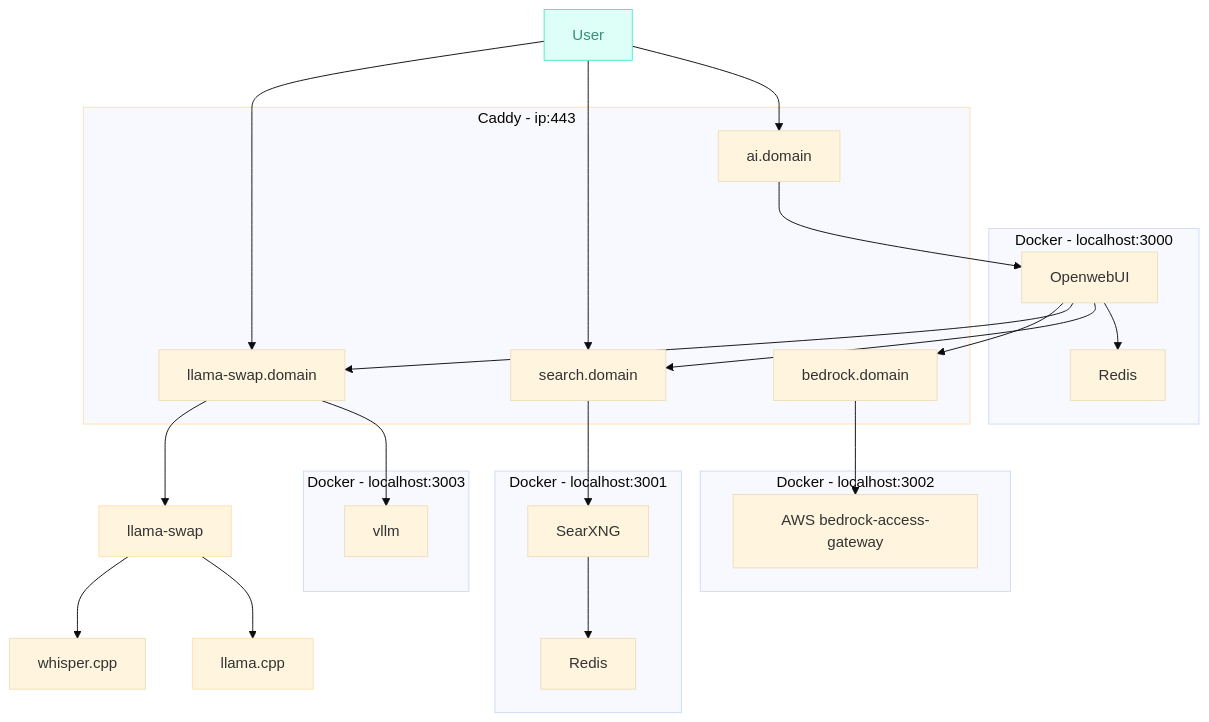
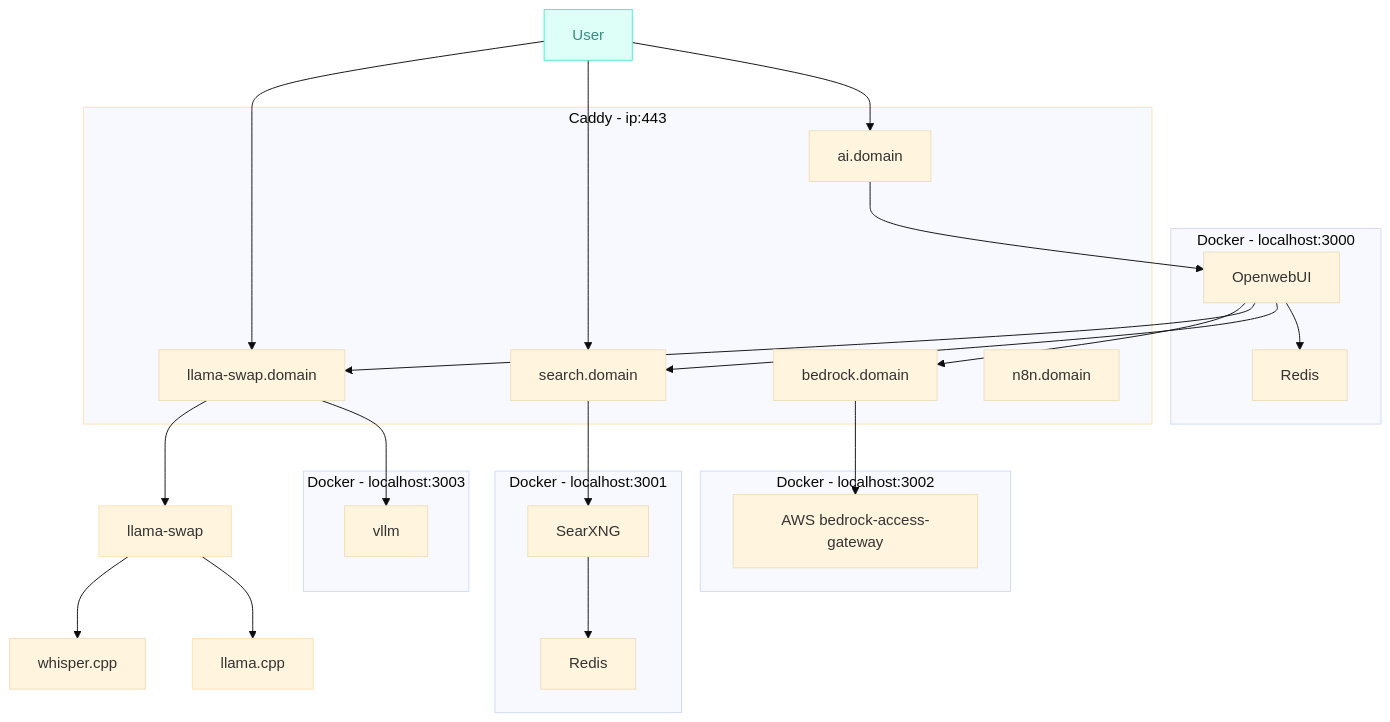
One commit to cycl00ps/ai-lab changed the diagram in README.md. Above: the diagram before and after it, drawn with Mermaid (base theme).

````diff
--- a/README.md
+++ b/README.md
@@ -13,42 +13,43 @@
 ```mermaid
 flowchart TD
  subgraph subGraph0["Docker - localhost:3000"]
         B["Redis"]
         A["OpenwebUI"]
   end
  subgraph subGraph1["Docker - localhost:3001"]
         D["Redis"]
         C["SearXNG"]
   end
  subgraph subGraph2["Caddy - ip:443"]
         E["ai.domain"]
         H["search.domain"]
         J["llama-swap.domain"]
         Y["bedrock.domain"]
+        n8n["n8n.domain"]
   end
  subgraph subGraph3["Docker - localhost:3003"]
         K["vllm"]
   end
  subgraph subGraph4["Docker - localhost:3002"]
         L["AWS bedrock-access-gateway"]
   end
 
     A --> B & H & J & Y
     C --> D
     E --> A
     H --> C
     F["llama-swap"] --> G["llama.cpp"]
     F["llama-swap"] --> Z["whisper.cpp"]
     J --> K
     I["User"] --> E
     I["User"] --> H
     I --> J
     J --> F
     Y --> L
 
 I:::Aqua
     classDef Aqua stroke-width:1px, stroke-dasharray:none, stroke:#46EDC8, fill:#DEFFF8, color:#378E7A
     style F stroke:#FFE0B2
     style G stroke:#FFE0B2
     style subGraph2 stroke:#FFE0B2
 ```
````
